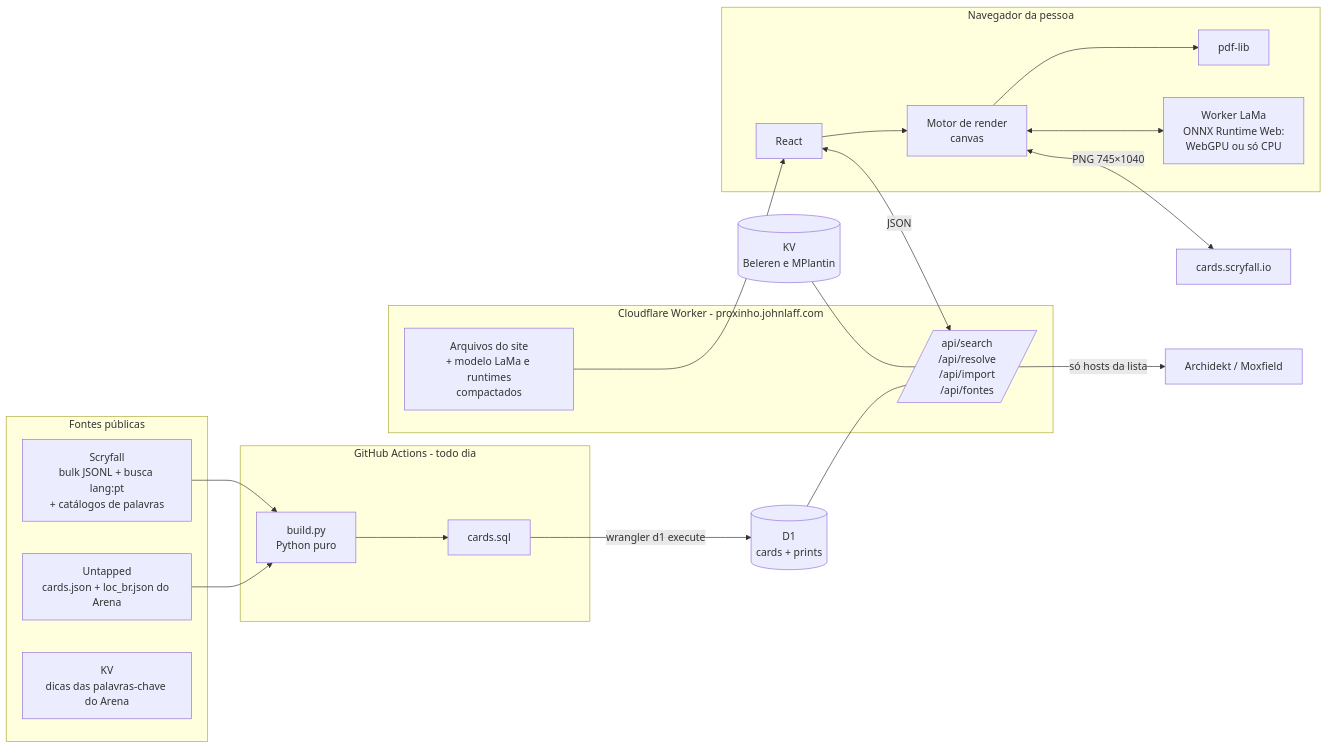
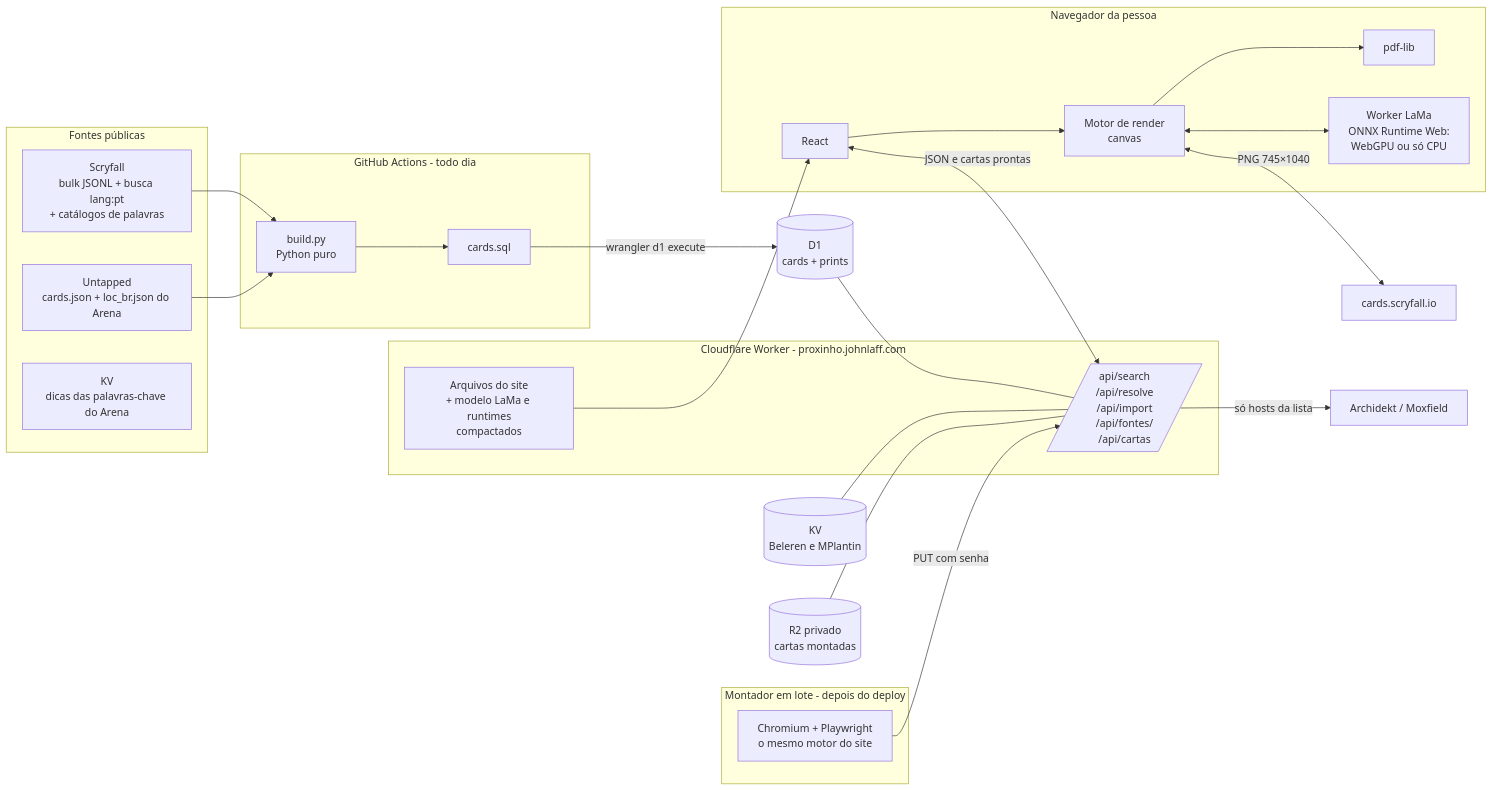
One commit to johnlaff/Proxinho changed the diagram in docs/arquitetura.md. Above: the diagram before and after it, drawn with Mermaid. The commit also changed other lines of this file and 46 other files, not shown here.

First line of the commit message:
Flavor de cada versão do Arena, tipo sem inglês, molduras desenhadas à mão e cartas montadas no servidor, com a montagem no GitHub (ADR 0022 e 0023) (#3)

````diff
--- a/docs/arquitetura.md
+++ b/docs/arquitetura.md
@@ -5,29 +5,33 @@
 ```mermaid
 flowchart LR
   subgraph Fontes públicas
     S[Scryfall<br/>bulk JSONL + busca lang:pt<br/>+ catálogos de palavras]
     U[Untapped<br/>cards.json + loc_br.json do Arena]
     D[KV<br/>dicas das palavras-chave do Arena]
   end
   subgraph GitHub Actions - todo dia
     P[build.py<br/>Python puro] --> SQL[cards.sql]
   end
   S --> P
   U --> P
   SQL -->|wrangler d1 execute| D1[(D1<br/>cards + prints)]
   subgraph Cloudflare Worker - proxinho.johnlaff.com
-    A[/api/search<br/>/api/resolve<br/>/api/import<br/>/api/fontes/]
+    A[/api/search<br/>/api/resolve<br/>/api/import<br/>/api/fontes/<br/>/api/cartas/]
     ST[Arquivos do site<br/>+ modelo LaMa e runtimes<br/>compactados]
   end
   D1 --- A
   KV[(KV<br/>Beleren e MPlantin)] --- A
+  R2[(R2 privado<br/>cartas montadas)] --- A
+  subgraph Montador em lote - depois do deploy
+    M[Chromium + Playwright<br/>o mesmo motor do site] -->|PUT com senha| A
+  end
   subgraph Navegador da pessoa
     UI[React] --> E[Motor de render<br/>canvas]
     E --> PDF[pdf-lib]
     E <--> LW[Worker LaMa<br/>ONNX Runtime Web:<br/>WebGPU ou só CPU]
   end
-  UI <-->|JSON| A
+  UI <-->|JSON e cartas prontas| A
   ST --> UI
   E <-->|PNG 745×1040| CDN[cards.scryfall.io]
   A -->|só hosts da lista| AR[Archidekt / Moxfield]
 ```
````
